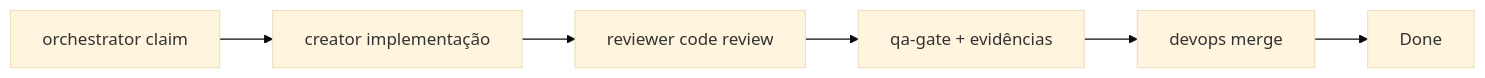
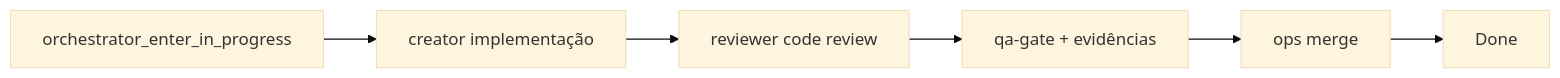
One commit to pedroaugustogti/pos-unipds-IA changed the diagram in modulo-8-exemplo-pratico-guardiao-familia-agents/board_automation/docs/PROJECT3_SANDBOX.md. Above: the diagram before and after it, drawn with Mermaid (base theme). The commit also changed other lines of this file and 131 other files, not shown here.

````diff
--- a/modulo-8-exemplo-pratico-guardiao-familia-agents/board_automation/docs/PROJECT3_SANDBOX.md
+++ b/modulo-8-exemplo-pratico-guardiao-familia-agents/board_automation/docs/PROJECT3_SANDBOX.md
@@ -52,8 +52,8 @@
 ```mermaid
 flowchart LR
-    A[orchestrator claim] --> B[creator implementação]
+    A[orchestrator_enter_in_progress] --> B[creator implementação]
     B --> C[reviewer code review]
     C --> D[qa-gate + evidências]
-    D --> E[devops merge]
+    D --> E[ops merge]
     E --> F[Done]
 ```
````
